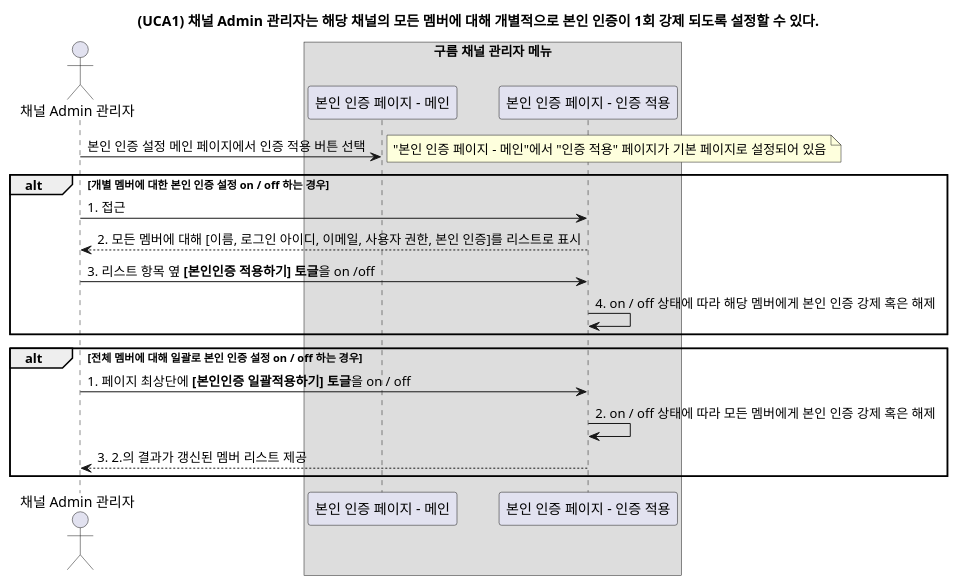
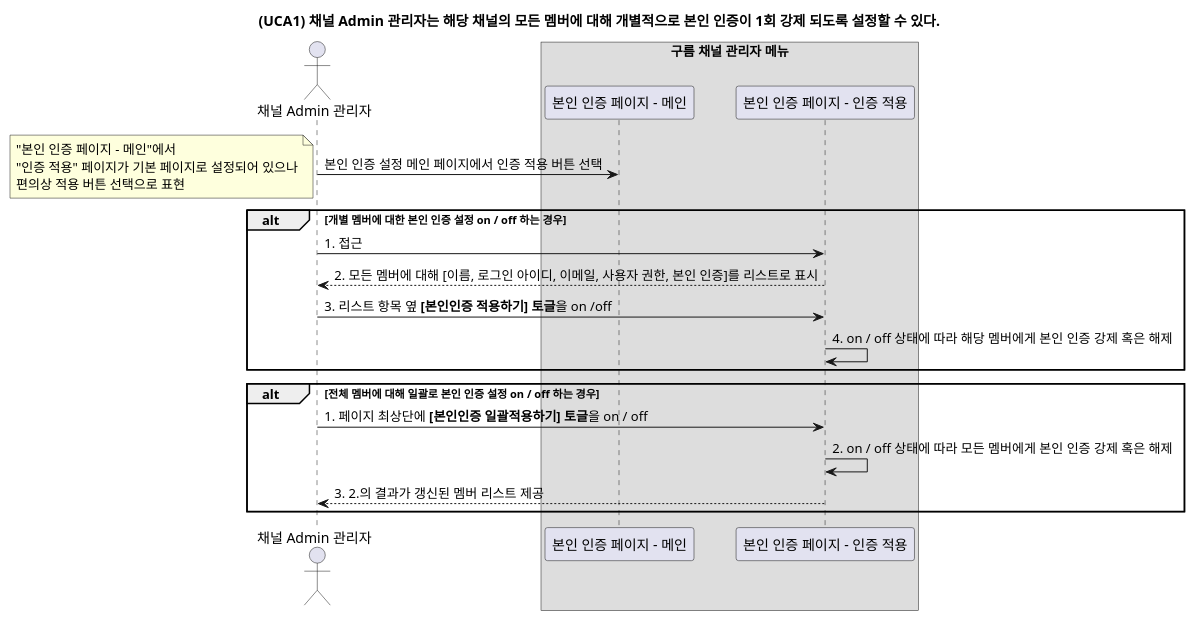
One commit to YoonsooOh/tech-study changed the diagram in 본인인증기획/시퀀스 다이어그램/UCA1.puml. Above: the diagram before and after it, drawn with PlantUML.

```diff
--- a/본인인증기획/시퀀스 다이어그램/UCA1.puml
+++ b/본인인증기획/시퀀스 다이어그램/UCA1.puml
@@ -1,30 +1,32 @@
 @startuml
 
 title (UCA1) 채널 Admin 관리자는 해당 채널의 모든 멤버에 대해 개별적으로 본인 인증이 1회 강제 되도록 설정할 수 있다.
 
 actor "채널 Admin 관리자"
 
 box "구름 채널 관리자 메뉴"
 participant "본인 인증 페이지 - 메인"
 participant "본인 인증 페이지 - 인증 적용"
 endbox
 
 "채널 Admin 관리자" -> "본인 인증 페이지 - 메인" : 본인 인증 설정 메인 페이지에서 인증 적용 버튼 선택
-note right
-"본인 인증 페이지 - 메인"에서 "인증 적용" 페이지가 기본 페이지로 설정되어 있음
+note left
+"본인 인증 페이지 - 메인"에서
+"인증 적용" 페이지가 기본 페이지로 설정되어 있으나
+편의상 적용 버튼 선택으로 표현
 end note
 
 
 alt 개별 멤버에 대한 본인 인증 설정 on / off 하는 경우
 "채널 Admin 관리자" -> "본인 인증 페이지 - 인증 적용" : 1. 접근
 "본인 인증 페이지 - 인증 적용" --> "채널 Admin 관리자" : 2. 모든 멤버에 대해 [이름, 로그인 아이디, 이메일, 사용자 권한, 본인 인증]를 리스트로 표시
 "채널 Admin 관리자" -> "본인 인증 페이지 - 인증 적용" : 3. 리스트 항목 옆 **[본인인증 적용하기] 토글**을 on /off
 "본인 인증 페이지 - 인증 적용" -> "본인 인증 페이지 - 인증 적용" : 4. on / off 상태에 따라 해당 멤버에게 본인 인증 강제 혹은 해제
 end
 
 alt 전체 멤버에 대해 일괄로 본인 인증 설정 on / off 하는 경우
 "채널 Admin 관리자" -> "본인 인증 페이지 - 인증 적용" : 1. 페이지 최상단에 **[본인인증 일괄적용하기] 토글**을 on / off
 "본인 인증 페이지 - 인증 적용" -> "본인 인증 페이지 - 인증 적용" : 2. on / off 상태에 따라 모든 멤버에게 본인 인증 강제 혹은 해제
 "본인 인증 페이지 - 인증 적용" --> "채널 Admin 관리자" : 3. 2.의 결과가 갱신된 멤버 리스트 제공
 end
 @enduml
```
